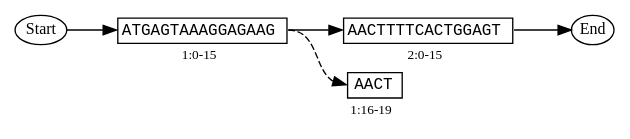
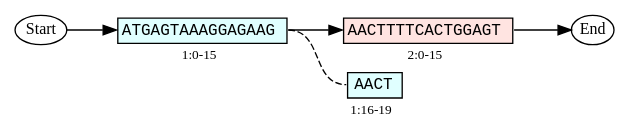
Before and after one commit to ginkgobioworks/gen: the diagram in docs/figures/operators/stitch_left_custom.dot, drawn with Graphviz. The commit also changed 13 other files, not shown here.

```diff
--- a/docs/figures/operators/stitch_left_custom.dot
+++ b/docs/figures/operators/stitch_left_custom.dot
@@ -1,34 +1,34 @@
 strict digraph "" {
 	graph [fontnames=svg,
 		rankdir=LR,
 		nodesep=0
 	];
 	node [label="\N"];
 	start	[fontsize=12,
 		height=0.3,
 		label=Start,
 		margin=0,
 		width=0.45];
-	1 	[label=<<TABLE BORDER='0' CELLBORDER='1'><TR><TD ALIGN='CENTER' PORT='seq'><FONT POINT-SIZE='12' FACE='Monospace'>ATGAGTAAAGGAGAAG</FONT></TD></TR><TR><TD BORDER='0' ALIGN='CENTER'><FONT POINT-SIZE='10'>1:0-15</FONT></TD></TR></TABLE>>,
+	1 	[label=<<TABLE BORDER='0' CELLBORDER='1'><TR><TD ALIGN='CENTER' BGCOLOR='LIGHTCYAN' PORT='seq'><FONT POINT-SIZE='12' FACE='Monospace'>ATGAGTAAAGGAGAAG</FONT></TD></TR><TR><TD BORDER='0' ALIGN='CENTER'><FONT POINT-SIZE='10'>1:0-15</FONT></TD></TR></TABLE>>,
 		margin=0,
 		shape=none];
-	2	[label=<<TABLE BORDER='0' CELLBORDER='1' WIDTH='135'><TR><TD ALIGN='CENTER' PORT='seq'><FONT POINT-SIZE='12' FACE='Monospace'>AACTTTTCACTGGAGT</FONT></TD></TR><TR><TD BORDER='0' ALIGN='CENTER'><FONT POINT-SIZE='10'>2:0-15</FONT></TD></TR></TABLE>>,
+	2	[label=<<TABLE BORDER='0' CELLBORDER='1' WIDTH='135'><TR><TD ALIGN='CENTER' BGCOLOR='MISTYROSE' PORT='seq'><FONT POINT-SIZE='12' FACE='Monospace'>AACTTTTCACTGGAGT</FONT></TD></TR><TR><TD BORDER='0' ALIGN='CENTER'><FONT POINT-SIZE='10'>2:0-15</FONT></TD></TR></TABLE>>,
 		margin=0,
 		shape=none];
  
-	3 	[label=<<TABLE BORDER='0' CELLBORDER='1' WIDTH='140'><TR><TD WIDTH='0' BORDER='0'></TD><TD ALIGN='CENTER' PORT='seq'><FONT POINT-SIZE='12' FACE='Monospace'>AACT</FONT></TD></TR><TR><TD WIDTH='0' BORDER='0'></TD><TD BORDER='0' ALIGN='CENTER'><FONT POINT-SIZE='10'>1:16-19</FONT></TD></TR></TABLE>>,
+	3 	[label=<<TABLE BORDER='0' CELLBORDER='1' WIDTH='140'><TR><TD WIDTH='0' BORDER='0'></TD><TD ALIGN='CENTER' BGCOLOR='LIGHTCYAN' PORT='seq'><FONT POINT-SIZE='12' FACE='Monospace'>AACT</FONT></TD></TR><TR><TD WIDTH='0' BORDER='0'></TD><TD BORDER='0' ALIGN='CENTER'><FONT POINT-SIZE='10'>1:16-19</FONT></TD></TR></TABLE>>,
 		margin=0,
 		shape=none];
 
 	end	[fontsize=12,
 		height=0.3,
 		label=End,
 		margin=0,
 		width=0.45];
 
 	start:e -> 1:seq:w;
 	1:seq:e -> 2:seq:w [weight=10];
-	1:seq:e -> 3:seq:w [style=dashed];
+	1:seq:e -> 3:seq:w [style=dashed, arrowhead=none];
 	2:seq:e -> end:w;
 
 }
```
